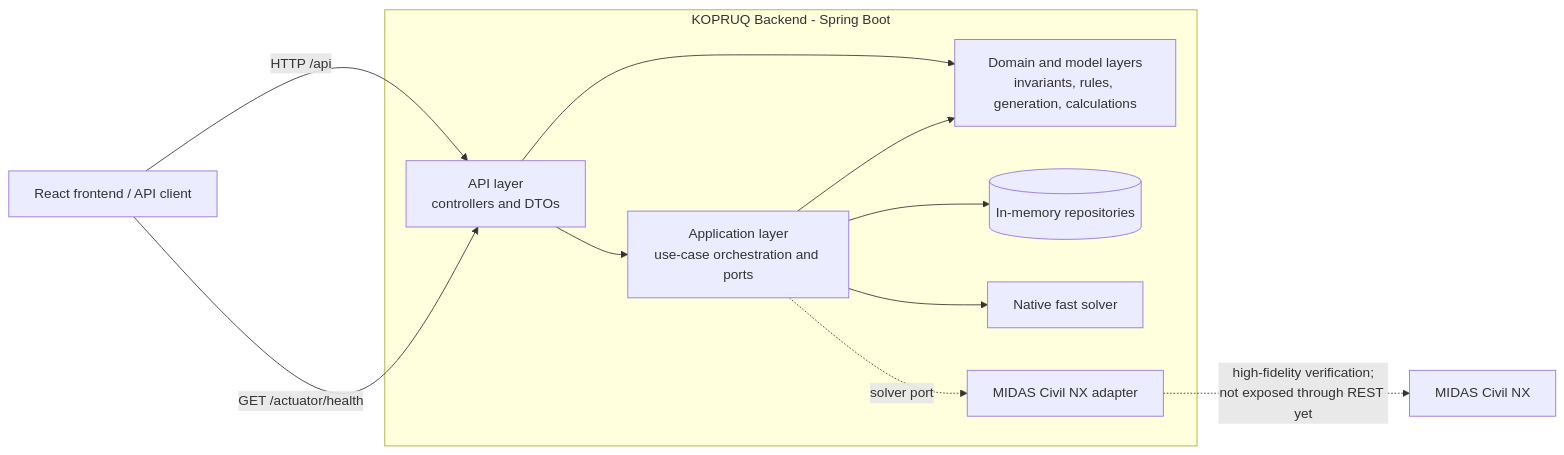
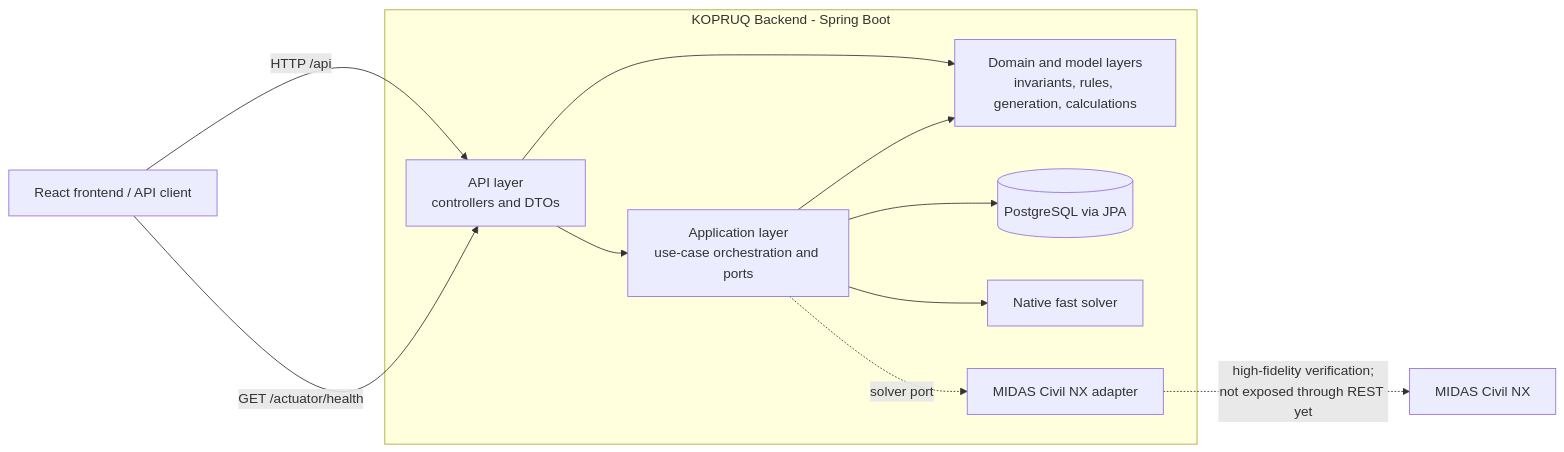
Before and after one commit to zharput/KOPRUQ: the first of 4 diagrams in backend/README.md, drawn with Mermaid. The commit also changed other lines of this file and 58 other files, not shown here.

First line of the commit message:
Implement backend persistence with PostgreSQL and JPA

````diff
--- a/backend/README.md
+++ b/backend/README.md
@@ -30,24 +30,24 @@
 ```mermaid
 flowchart LR
     Client[React frontend / API client]
 
     subgraph Backend[KOPRUQ Backend - Spring Boot]
         API[API layer<br/>controllers and DTOs]
         APP[Application layer<br/>use-case orchestration and ports]
         DOMAIN[Domain and model layers<br/>invariants, rules, generation, calculations]
-        MEMORY[(In-memory repositories)]
+        MEMORY[(PostgreSQL via JPA)]
         NATIVE[Native fast solver]
         MIDAS[MIDAS Civil NX adapter]
 
         API --> APP
         API --> DOMAIN
         APP --> DOMAIN
         APP --> MEMORY
         APP --> NATIVE
         APP -. solver port .-> MIDAS
     end
 
     Client -->|HTTP /api| API
     Client -->|GET /actuator/health| API
     MIDAS -. high-fidelity verification;<br/>not exposed through REST yet .-> MidasNx[MIDAS Civil NX]
 ```
````
